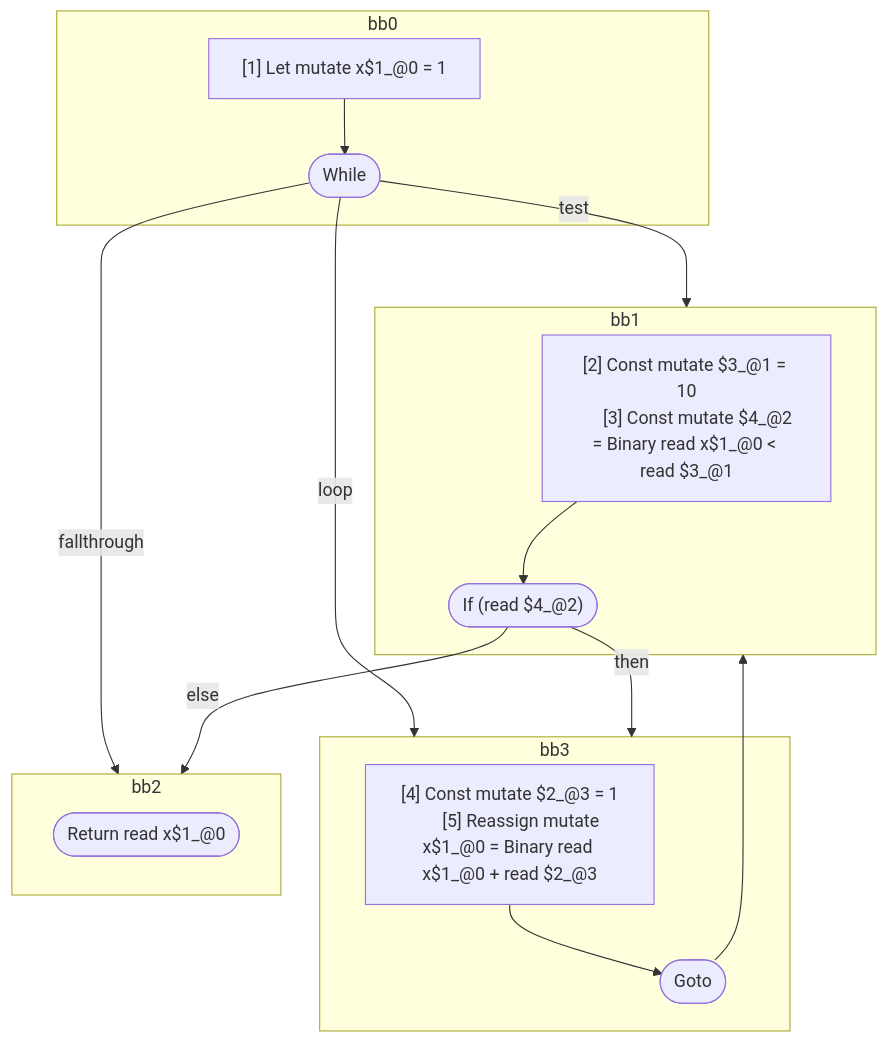
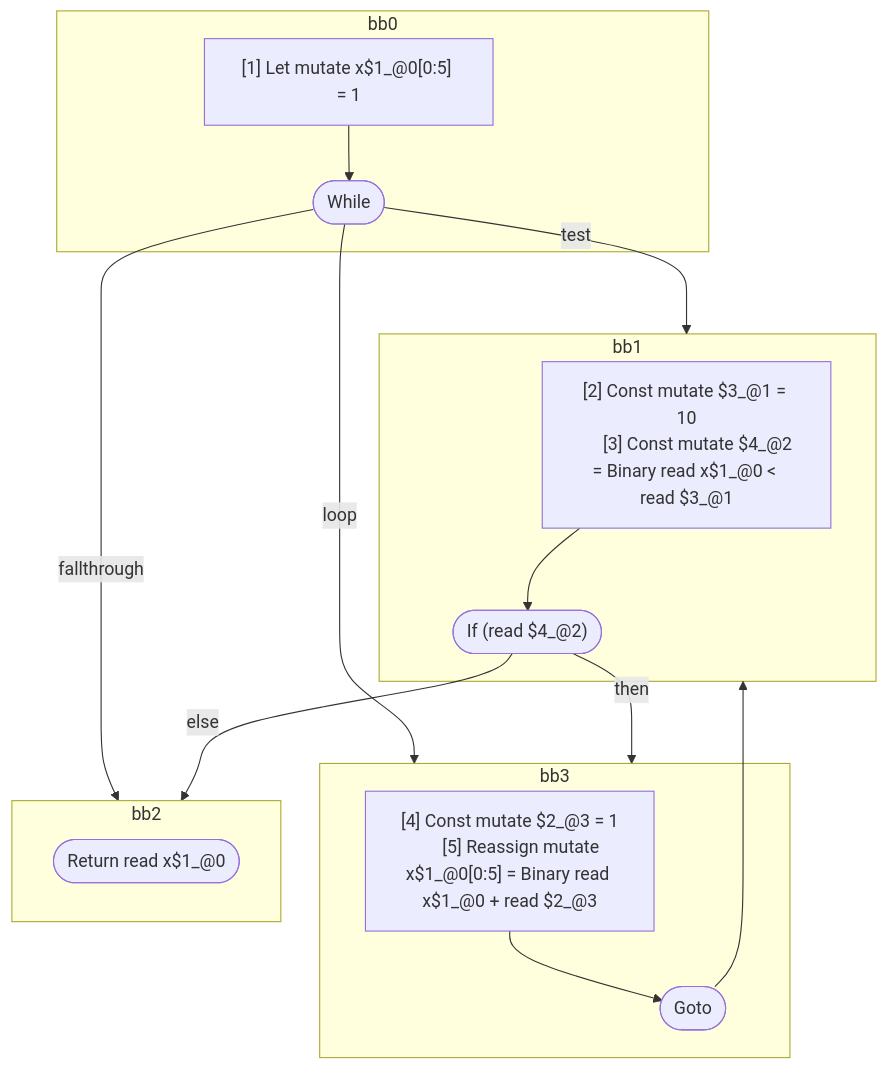
Before and after one commit to wutsmog/private: the diagram in compiler/forget/src/__tests__/fixtures/hir/ssa-while.expect.md, drawn with Mermaid. The commit also changed other lines of this file and 33 other files, not shown here.

````diff
--- a/compiler/forget/src/__tests__/fixtures/hir/ssa-while.expect.md
+++ b/compiler/forget/src/__tests__/fixtures/hir/ssa-while.expect.md
@@ -39,36 +39,36 @@
 ```mermaid
 flowchart TB
   %% Basic Blocks
   subgraph bb0
     bb0_instrs["
-      [1] Let mutate x$1_@0 = 1
+      [1] Let mutate x$1_@0[0:5] = 1
     "]
     bb0_instrs --> bb0_terminal(["While"])
   end
   subgraph bb1
     bb1_instrs["
       [2] Const mutate $3_@1 = 10
       [3] Const mutate $4_@2 = Binary read x$1_@0 < read $3_@1
     "]
     bb1_instrs --> bb1_terminal(["If (read $4_@2)"])
   end
   subgraph bb3
     bb3_instrs["
       [4] Const mutate $2_@3 = 1
-      [5] Reassign mutate x$1_@0 = Binary read x$1_@0 + read $2_@3
+      [5] Reassign mutate x$1_@0[0:5] = Binary read x$1_@0 + read $2_@3
     "]
     bb3_instrs --> bb3_terminal(["Goto"])
   end
   subgraph bb2
     bb2_terminal(["Return read x$1_@0"])
   end
 
   %% Jumps
   bb0_terminal -- test --> bb1
   bb0_terminal -- loop --> bb3
   bb0_terminal -- fallthrough --> bb2
   bb1_terminal -- then --> bb3
   bb1_terminal -- else --> bb2
   bb3_terminal --> bb1
 
 ```
````
